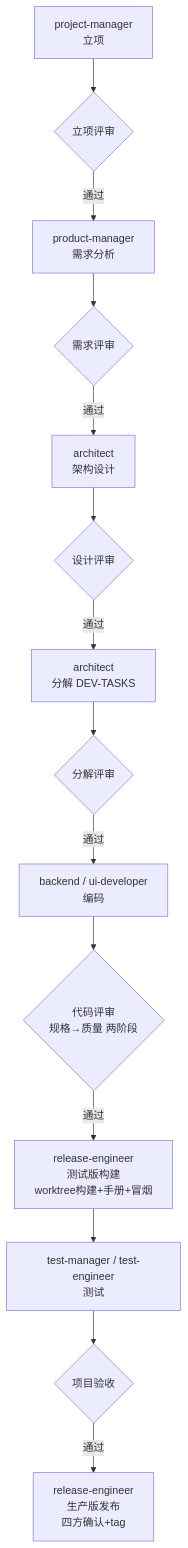
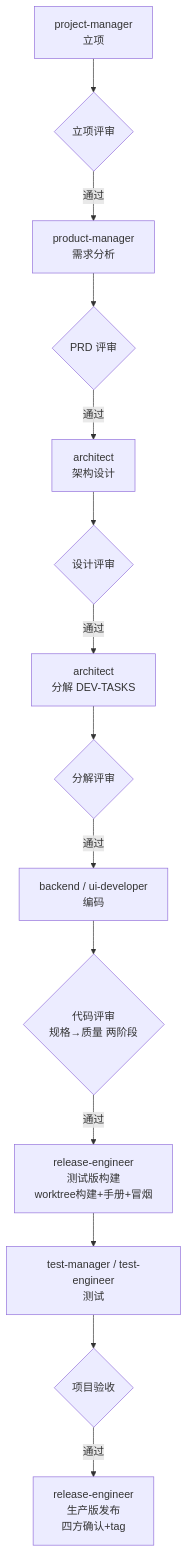
One commit to newbeans1118/virtual-team changed the diagram in README.md. Above: the diagram before and after it, drawn with Mermaid. The commit also changed other lines of this file and 53 other files, not shown here.

````diff
--- a/README.md
+++ b/README.md
@@ -41,16 +41,16 @@
 ```mermaid
 flowchart TD
   PM[project-manager<br/>立项] --> PRJ{立项评审}
   PRJ -->|通过| PROD[product-manager<br/>需求分析]
-  PROD --> RR{需求评审}
+  PROD --> RR{PRD 评审}
   RR -->|通过| ARCH[architect<br/>架构设计]
   ARCH --> DR{设计评审}
   DR -->|通过| TASK[architect<br/>分解 DEV-TASKS]
   TASK --> TR{分解评审}
   TR -->|通过| DEV[backend / ui-developer<br/>编码]
   DEV --> CR{代码评审<br/>规格→质量 两阶段}
   CR -->|通过| TB[release-engineer<br/>测试版构建<br/>worktree构建+手册+冒烟]
   TB --> TEST[test-manager / test-engineer<br/>测试]
   TEST --> ACC{项目验收}
   ACC -->|通过| REL[release-engineer<br/>生产版发布<br/>四方确认+tag]
 ```
````
